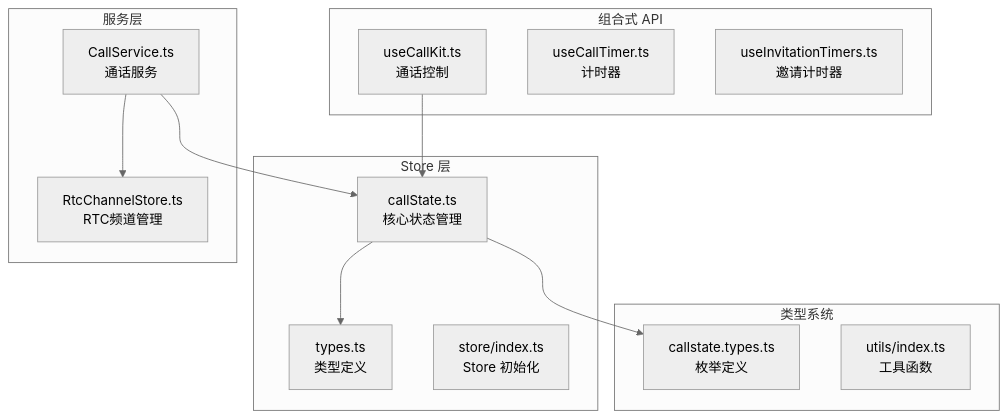
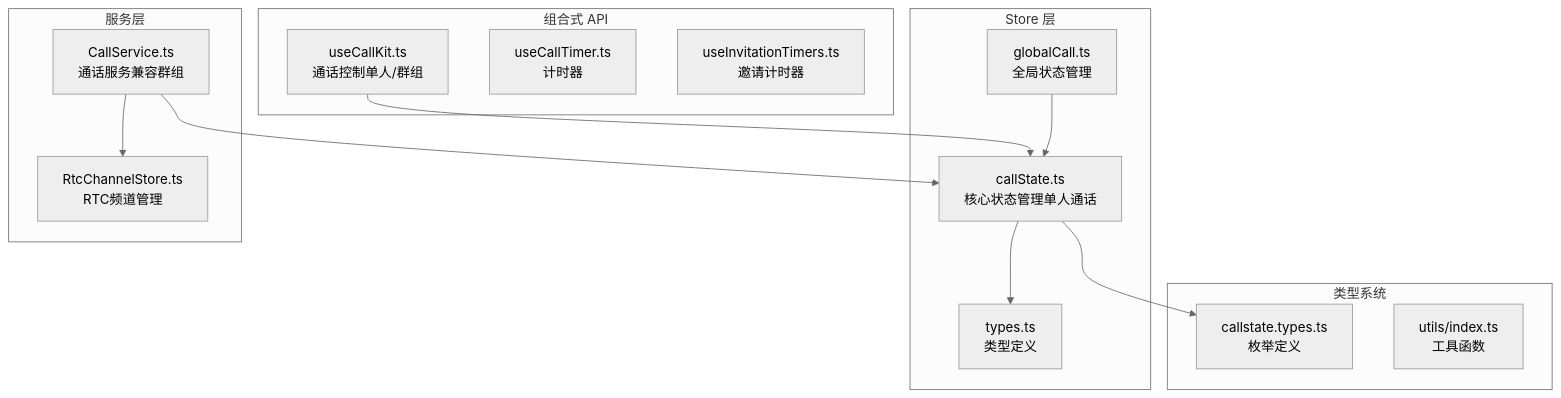
Before and after one commit to Easemob-Community/easemob-uikit-callkit-vue3: the first of 6 diagrams in .qoder/repowiki/zh/content/状态管理/CallState Store.md, drawn with Mermaid (neutral theme). The commit also changed other lines of this file and 54 other files, not shown here.

````diff
--- a/.qoder/repowiki/zh/content/状态管理/CallState Store.md
+++ b/.qoder/repowiki/zh/content/状态管理/CallState Store.md
@@ -34,26 +45,27 @@
 ```mermaid
 graph TB
 subgraph "Store 层"
-CS[callState.ts<br/>核心状态管理]
+CS[callState.ts<br/>核心状态管理单人通话]
 CT[types.ts<br/>类型定义]
-ST[store/index.ts<br/>Store 初始化]
+GC[globalCall.ts<br/>全局状态管理]
 end
 subgraph "类型系统"
 CST[callstate.types.ts<br/>枚举定义]
 UT[utils/index.ts<br/>工具函数]
 end
 subgraph "组合式 API"
-CK[useCallKit.ts<br/>通话控制]
+CK[useCallKit.ts<br/>通话控制单人/群组]
 CM[useCallTimer.ts<br/>计时器]
 IT[useInvitationTimers.ts<br/>邀请计时器]
 end
 subgraph "服务层"
-CSVC[CallService.ts<br/>通话服务]
+CSVC[CallService.ts<br/>通话服务兼容群组]
 RS[RtcChannelStore.ts<br/>RTC频道管理]
 end
 CS --> CST
 CS --> CT
 CSVC --> CS
 CK --> CS
 CSVC --> RS
+GC --> CS
 ```
````
